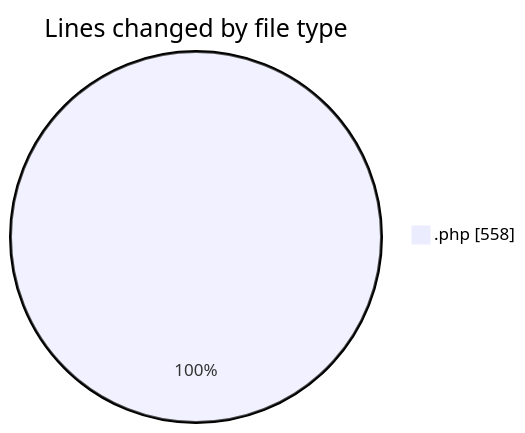
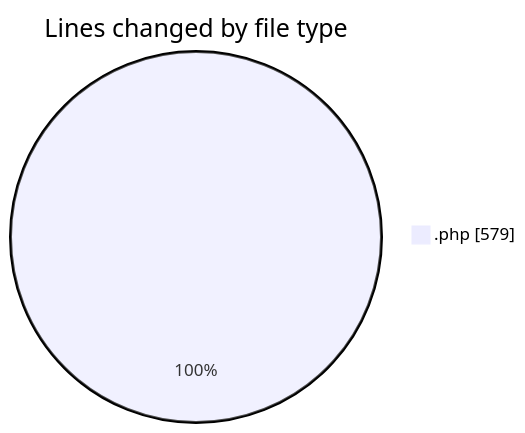
Before and after one commit to debugP/code-tracking: the first of 2 diagrams in 2026-07-10/wp-content/README.md, drawn with Mermaid. The commit also changed other lines of this file and 1 other file, not shown here.

````diff
--- a/2026-07-10/wp-content/README.md
+++ b/2026-07-10/wp-content/README.md
@@ -20,5 +20,5 @@
 ```mermaid
 pie showData
 title Lines changed by file type
-".php" : 558
+".php" : 579
 ```
````
